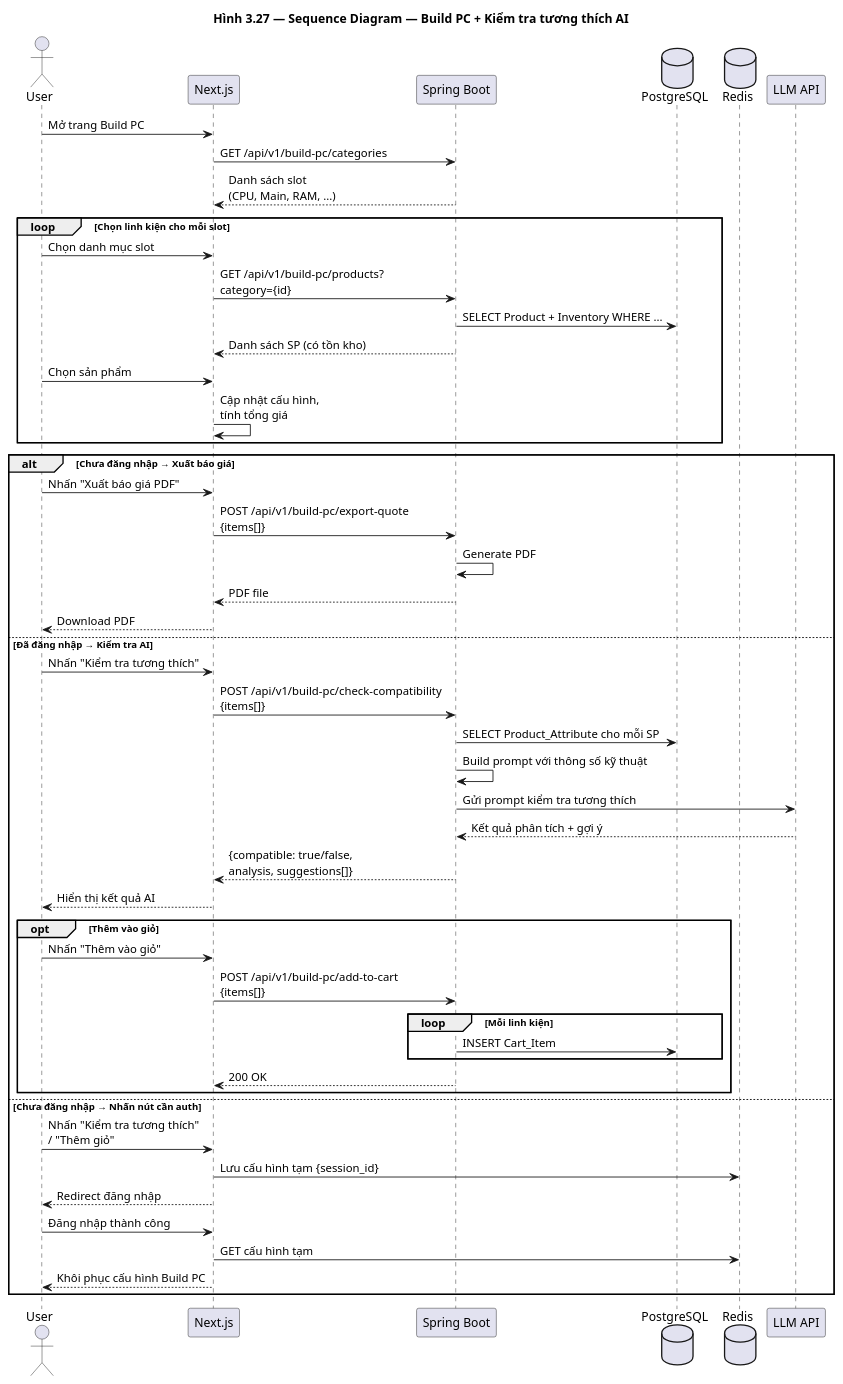
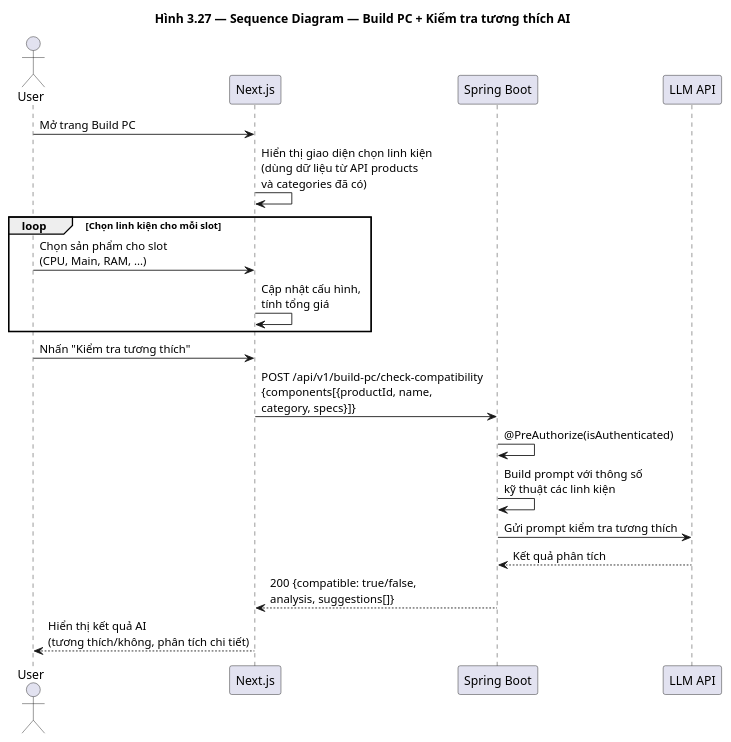
One commit to huuhieu56/PC-Parts-ECommerce changed the diagram in docs/diagrams/seq_build_pc.puml. Above: the diagram before and after it, drawn with PlantUML. The commit also changed 28 other files, not shown here.

Commit message:
refactor: update sequence diagrams and order service logic to reflect authorization-based access and decoupled cart merging

```diff
--- a/docs/diagrams/seq_build_pc.puml
+++ b/docs/diagrams/seq_build_pc.puml
@@ -1,57 +1,26 @@
 @startuml seq_build_pc
 title Hình 3.27 — Sequence Diagram — Build PC + Kiểm tra tương thích AI
 
 actor User
 participant "Next.js" as FE
 participant "Spring Boot" as BE
-database "PostgreSQL" as DB
-database "Redis" as Cache
 participant "LLM API" as LLM
 
 User -> FE : Mở trang Build PC
-FE -> BE : GET /api/v1/build-pc/categories
-BE --> FE : Danh sách slot\n(CPU, Main, RAM, ...)
+FE -> FE : Hiển thị giao diện chọn linh kiện\n(dùng dữ liệu từ API products\nvà categories đã có)
 
 loop Chọn linh kiện cho mỗi slot
-    User -> FE : Chọn danh mục slot
-    FE -> BE : GET /api/v1/build-pc/products?\ncategory={id}
-    BE -> DB : SELECT Product + Inventory WHERE ...
-    BE --> FE : Danh sách SP (có tồn kho)
-    User -> FE : Chọn sản phẩm
+    User -> FE : Chọn sản phẩm cho slot\n(CPU, Main, RAM, ...)
     FE -> FE : Cập nhật cấu hình,\ntính tổng giá
 end
 
-alt Chưa đăng nhập → Xuất báo giá
-    User -> FE : Nhấn "Xuất báo giá PDF"
-    FE -> BE : POST /api/v1/build-pc/export-quote\n{items[]}
-    BE -> BE : Generate PDF
-    BE --> FE : PDF file
-    FE --> User : Download PDF
-else Đã đăng nhập → Kiểm tra AI
-    User -> FE : Nhấn "Kiểm tra tương thích"
-    FE -> BE : POST /api/v1/build-pc/check-compatibility\n{items[]}
-    BE -> DB : SELECT Product_Attribute cho mỗi SP
-    BE -> BE : Build prompt với thông số kỹ thuật
-    BE -> LLM : Gửi prompt kiểm tra tương thích
-    LLM --> BE : Kết quả phân tích + gợi ý
-    BE --> FE : {compatible: true/false,\nanalysis, suggestions[]}
-    FE --> User : Hiển thị kết quả AI
-
-    opt Thêm vào giỏ
-        User -> FE : Nhấn "Thêm vào giỏ"
-        FE -> BE : POST /api/v1/build-pc/add-to-cart\n{items[]}
-        loop Mỗi linh kiện
-            BE -> DB : INSERT Cart_Item
-        end
-        BE --> FE : 200 OK
-    end
-else Chưa đăng nhập → Nhấn nút cần auth
-    User -> FE : Nhấn "Kiểm tra tương thích"\n/ "Thêm giỏ"
-    FE -> Cache : Lưu cấu hình tạm {session_id}
-    FE --> User : Redirect đăng nhập
-    User -> FE : Đăng nhập thành công
-    FE -> Cache : GET cấu hình tạm
-    FE --> User : Khôi phục cấu hình Build PC
-end
+User -> FE : Nhấn "Kiểm tra tương thích"
+FE -> BE : POST /api/v1/build-pc/check-compatibility\n{components[{productId, name,\ncategory, specs}]}
+BE -> BE : @PreAuthorize(isAuthenticated)
+BE -> BE : Build prompt với thông số\nkỹ thuật các linh kiện
+BE -> LLM : Gửi prompt kiểm tra tương thích
+LLM --> BE : Kết quả phân tích
+BE --> FE : 200 {compatible: true/false,\nanalysis, suggestions[]}
+FE --> User : Hiển thị kết quả AI\n(tương thích/không, phân tích chi tiết)
 
 @enduml
```
